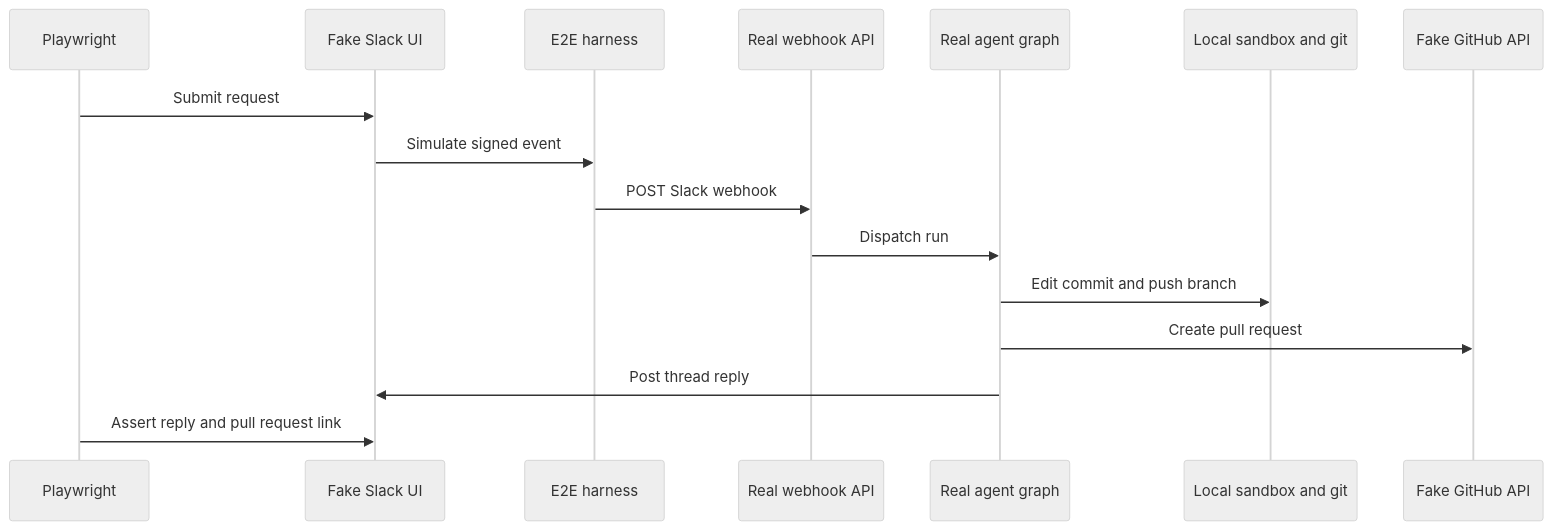
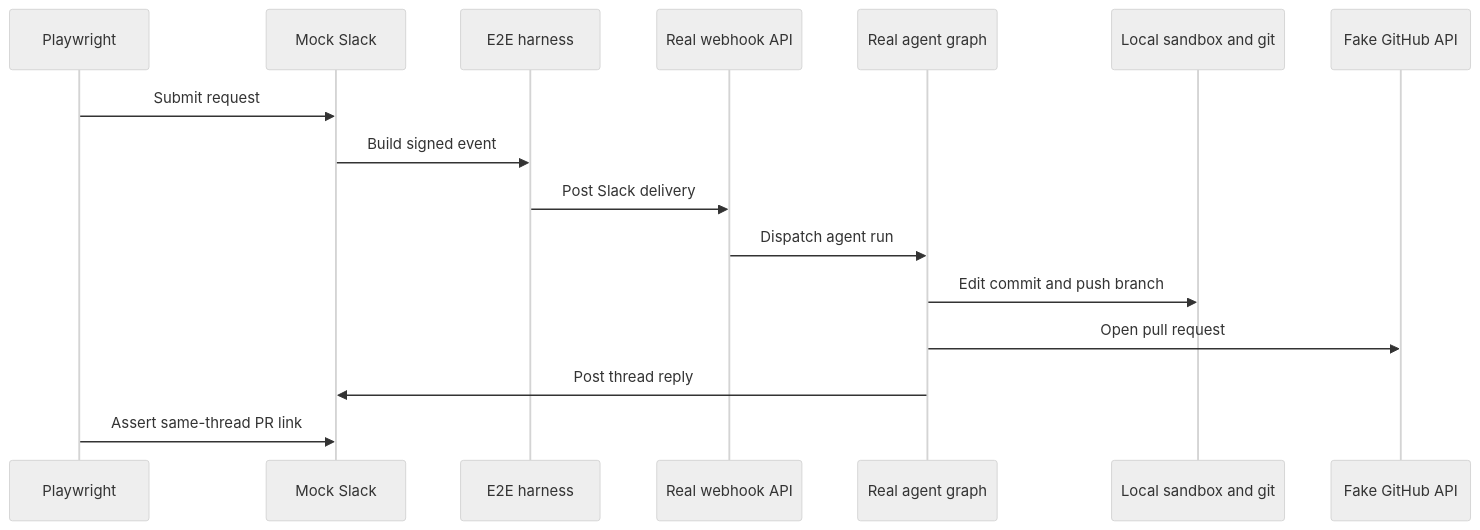
One commit to langchain-ai/open-swe changed the second of 2 diagrams in openwiki/testing/overview.md. Above: the diagram before and after it, drawn with Mermaid (neutral theme). The commit also changed other lines of this file and 55 other files, not shown here.

````diff
--- a/openwiki/testing/overview.md
+++ b/openwiki/testing/overview.md
@@ -131,18 +137,18 @@
 ```mermaid
 sequenceDiagram
-    participant PW as Playwright
-    participant Slack as Fake Slack UI
+    participant Browser as Playwright
+    participant Slack as Mock Slack
     participant Harness as E2E harness
-    participant API as Real webhook API
-    participant Agent as Real agent graph
+    participant Webhook as Real webhook API
+    participant Graph as Real agent graph
     participant Git as Local sandbox and git
-    participant Hub as Fake GitHub API
-    PW->>Slack: Submit request
-    Slack->>Harness: Simulate signed event
-    Harness->>API: POST Slack webhook
-    API->>Agent: Dispatch run
-    Agent->>Git: Edit commit and push branch
-    Agent->>Hub: Create pull request
-    Agent->>Slack: Post thread reply
-    PW->>Slack: Assert reply and pull request link
+    participant GitHub as Fake GitHub API
+    Browser->>Slack: Submit request
+    Slack->>Harness: Build signed event
+    Harness->>Webhook: Post Slack delivery
+    Webhook->>Graph: Dispatch agent run
+    Graph->>Git: Edit commit and push branch
+    Graph->>GitHub: Open pull request
+    Graph->>Slack: Post thread reply
+    Browser->>Slack: Assert same-thread PR link
 ```
````
